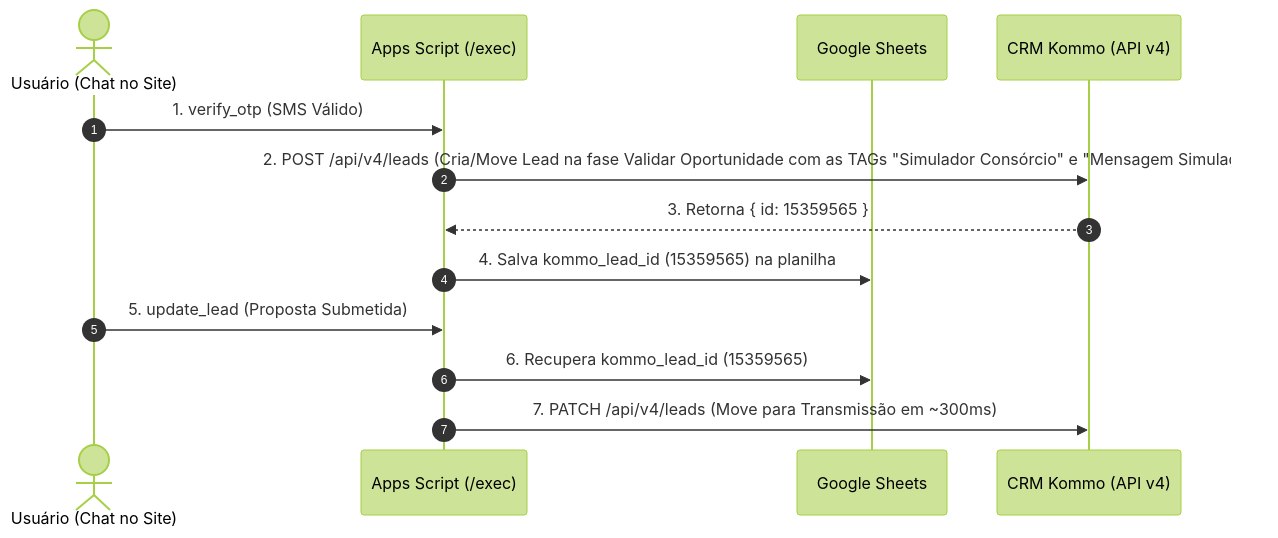
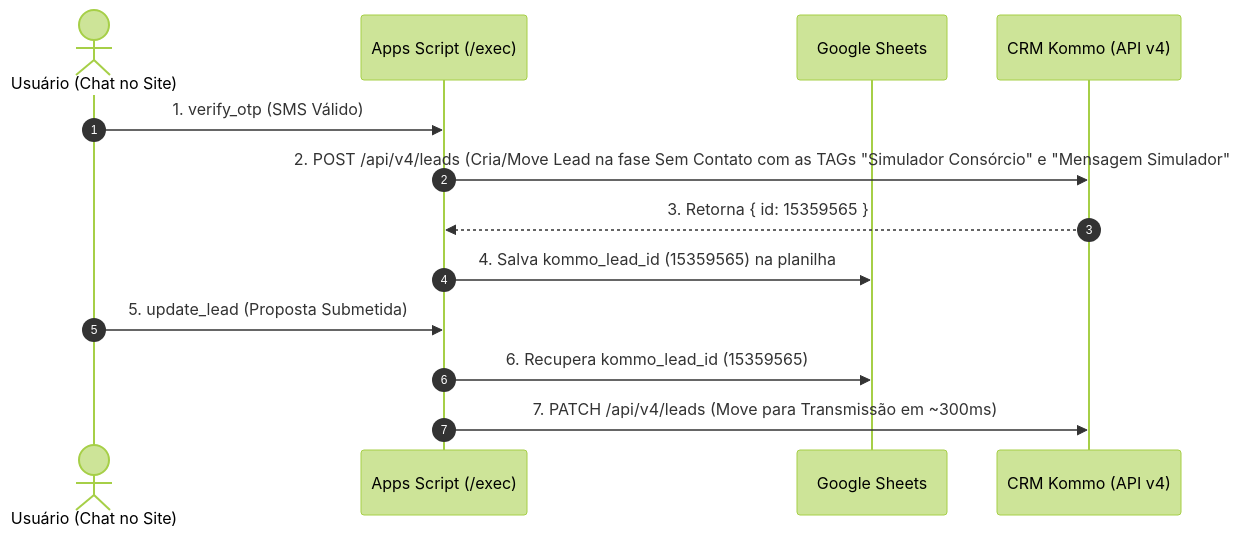
One commit to Djonatankb/simulador-consorcio changed the diagram in docs/integracao-kommo-direta.md. Above: the diagram before and after it, drawn with Mermaid (forest theme). The commit also changed other lines of this file and 4 other files, not shown here.

Commit message:
Alterado movimentação para sem contato

````diff
--- a/docs/integracao-kommo-direta.md
+++ b/docs/integracao-kommo-direta.md
@@ -9,17 +9,17 @@
 ```mermaid
 sequenceDiagram
     autonumber
     actor Cliente as Usuário (Chat no Site)
     participant Backend as Apps Script (/exec)
     participant Sheets as Google Sheets
     participant Kommo as CRM Kommo (API v4)
 
     Cliente->>Backend: 1. verify_otp (SMS Válido)
-    Backend->>Kommo: 2. POST /api/v4/leads (Cria/Move Lead na fase Validar Oportunidade com as TAGs "Simulador Consórcio" e "Mensagem Simulador")
+    Backend->>Kommo: 2. POST /api/v4/leads (Cria/Move Lead na fase Sem Contato com as TAGs "Simulador Consórcio" e "Mensagem Simulador")
     Kommo-->>Backend: 3. Retorna { id: 15359565 }
     Backend->>Sheets: 4. Salva kommo_lead_id (15359565) na planilha
 
     Cliente->>Backend: 5. update_lead (Proposta Submetida)
     Backend->>Sheets: 6. Recupera kommo_lead_id (15359565)
     Backend->>Kommo: 7. PATCH /api/v4/leads (Move para Transmissão em ~300ms)
 ```
````
